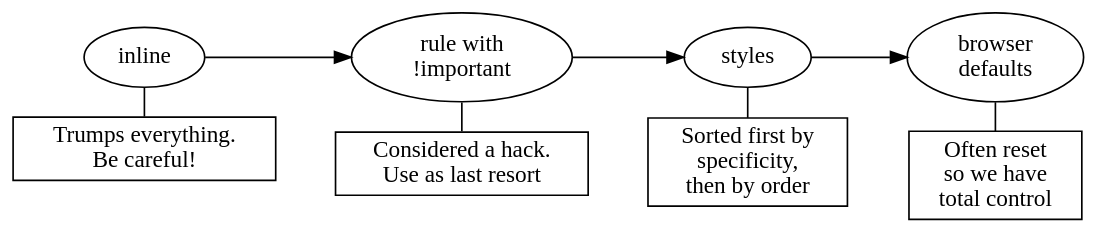
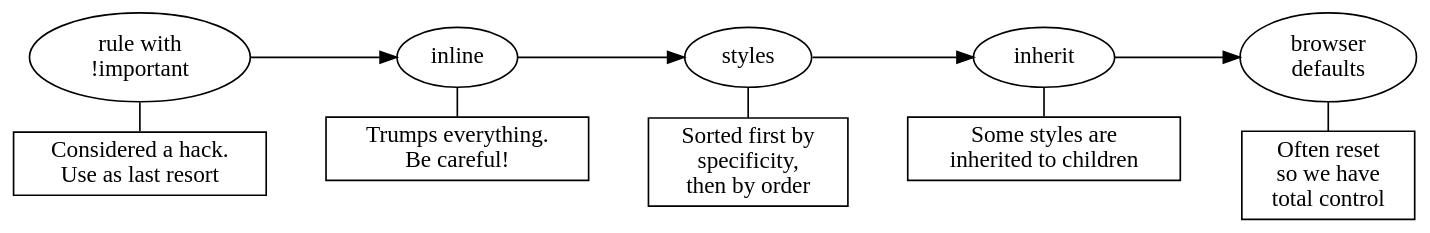
Before and after one commit to krawaller/academyjs: the diagram in source/resources/diagrams/css-order.dot, drawn with Graphviz. The commit also changed 45 other files, not shown here.

```diff
--- a/source/resources/diagrams/css-order.dot
+++ b/source/resources/diagrams/css-order.dot
@@ -1,24 +1,27 @@
 digraph {
   rankdir = LR
   bgcolor = transparent
 
-  inline -> important -> styles -> defaults
+  important -> inline -> styles -> inherit -> defaults
 
   important [label="rule with\n!important"]
   defaults [label="browser\ndefaults"]
 
   inline -> inlinefoo [dir=none]
   important -> importantfoo [dir=none]
   styles -> stylesfoo [dir=none]
+  inherit -> inheritfoo [dir=none]
   defaults -> defaultsfoo [dir=none]
 
   inlinefoo [shape=box,label="Trumps everything.\nBe careful!"]
   importantfoo [shape=box,label="Considered a hack.\nUse as last resort"]
   stylesfoo [shape=box,label="Sorted first by\nspecificity,\nthen by order"]
+  inheritfoo [shape=box,label="Some styles are\ninherited to children"]
   defaultsfoo [shape=box,label="Often reset\nso we have\ntotal control"]
 
   {rank=same;inline,inlinefoo}
   {rank=same;important,importantfoo}
   {rank=same;styles,stylesfoo}
+  {rank=same;inherit,inheritfoo}
   {rank=same;defaults,defaultsfoo}
 }
```
